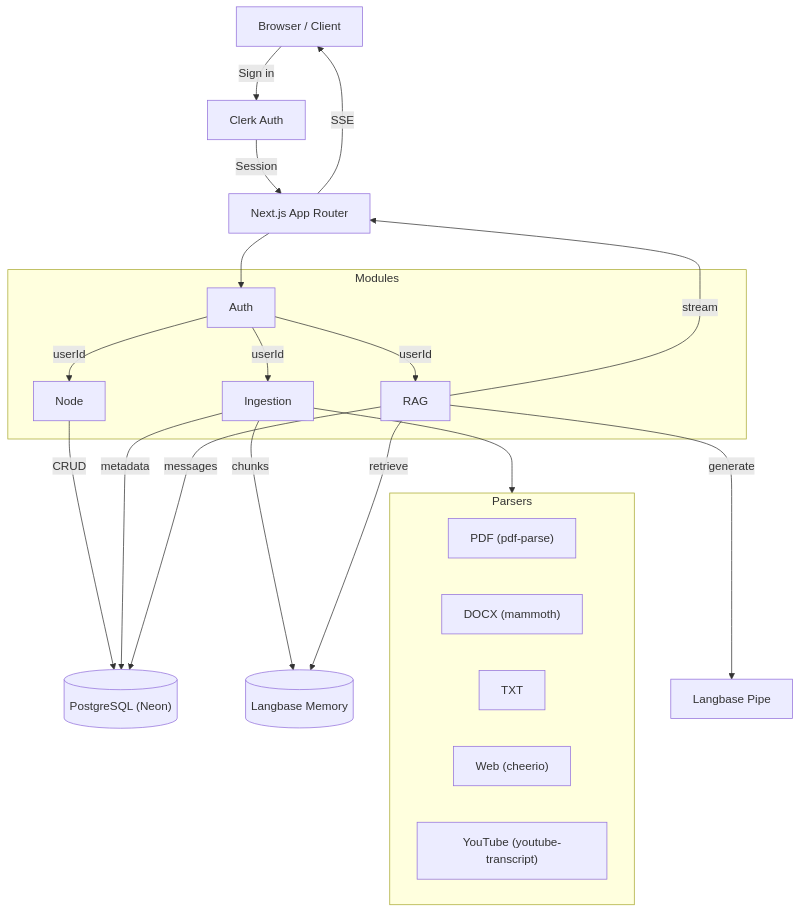
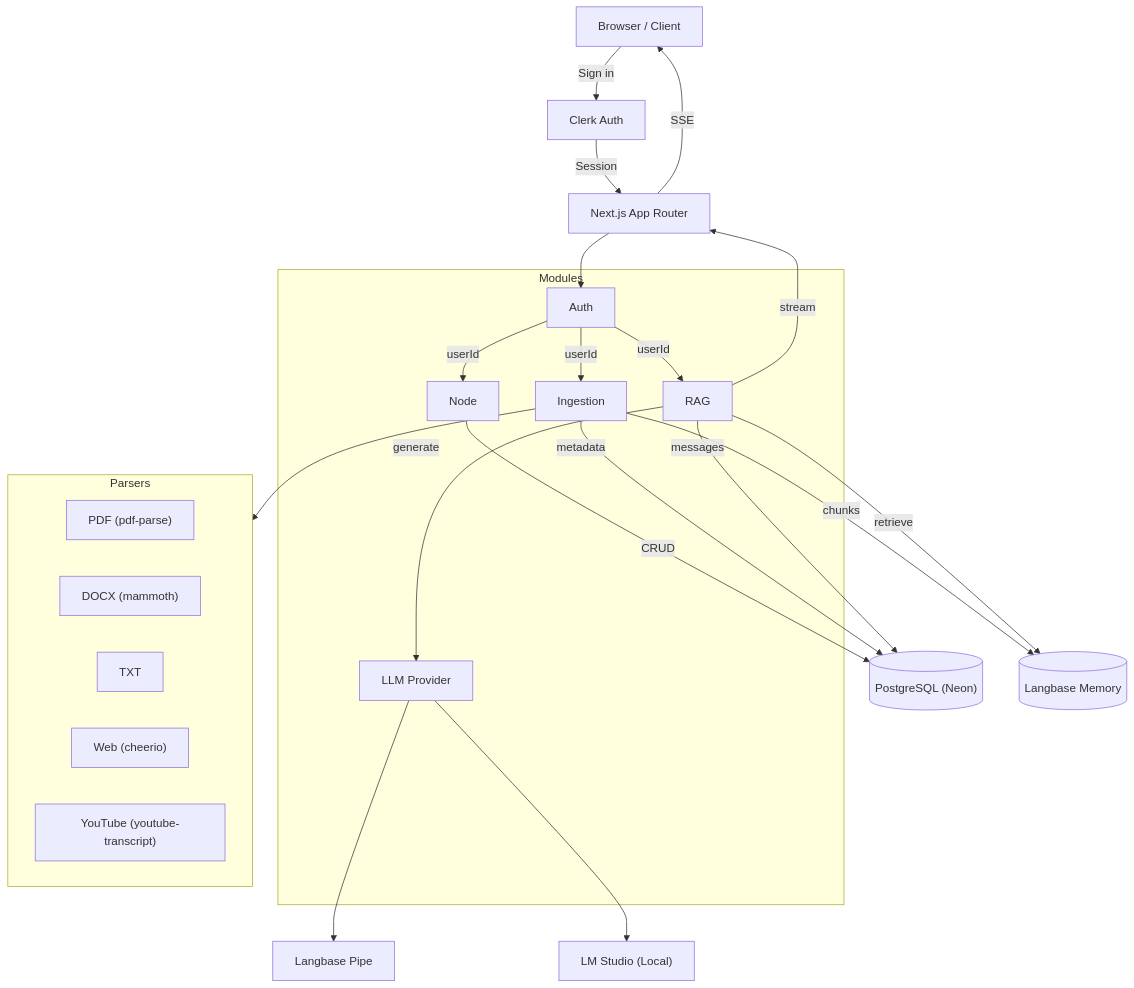
Before and after one commit to Masralai/agentic-rag: the diagram in README.md, drawn with Mermaid. The commit also changed other lines of this file and 6 other files, not shown here.

````diff
--- a/README.md
+++ b/README.md
@@ -30,45 +31,50 @@
 ```mermaid
 flowchart TD
     User["Browser / Client"]
     Clerk["Clerk Auth"]
     Next["Next.js App Router"]
 
     subgraph Modules["Modules"]
         Auth["Auth"]
         Node["Node"]
         Ingestion["Ingestion"]
+        LLM["LLM Provider"]
         RAG["RAG"]
     end
 
     subgraph Parsers["Parsers"]
         PDF["PDF (pdf-parse)"]
         DOCX["DOCX (mammoth)"]
         TXT["TXT"]
         Web["Web (cheerio)"]
         YT["YouTube (youtube-transcript)"]
     end
 
     DB[("PostgreSQL (Neon)")]
     LangMem[("Langbase Memory")]
     LangPipe["Langbase Pipe"]
+    LMStudio["LM Studio (Local)"]
 
     User -->|Sign in| Clerk
     Clerk -->|Session| Next
     Next --> Auth
 
     Auth -->|userId| Node
     Auth -->|userId| Ingestion
     Auth -->|userId| RAG
 
     Node -->|CRUD| DB
     Ingestion -->|chunks| LangMem
     Ingestion -->|metadata| DB
     Ingestion --> Parsers
 
     RAG -->|retrieve| LangMem
-    RAG -->|generate| LangPipe
+    RAG -->|generate| LLM
     RAG -->|messages| DB
     RAG -->|stream| Next
 
+    LLM --> LangPipe
+    LLM --> LMStudio
+
     Next -->|SSE| User
 ```
````
